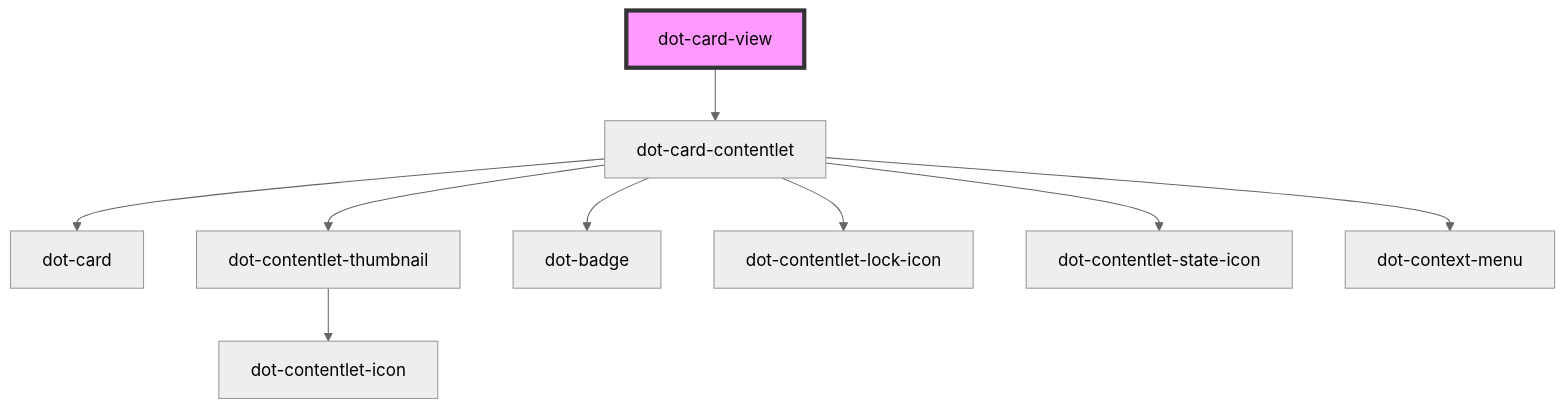
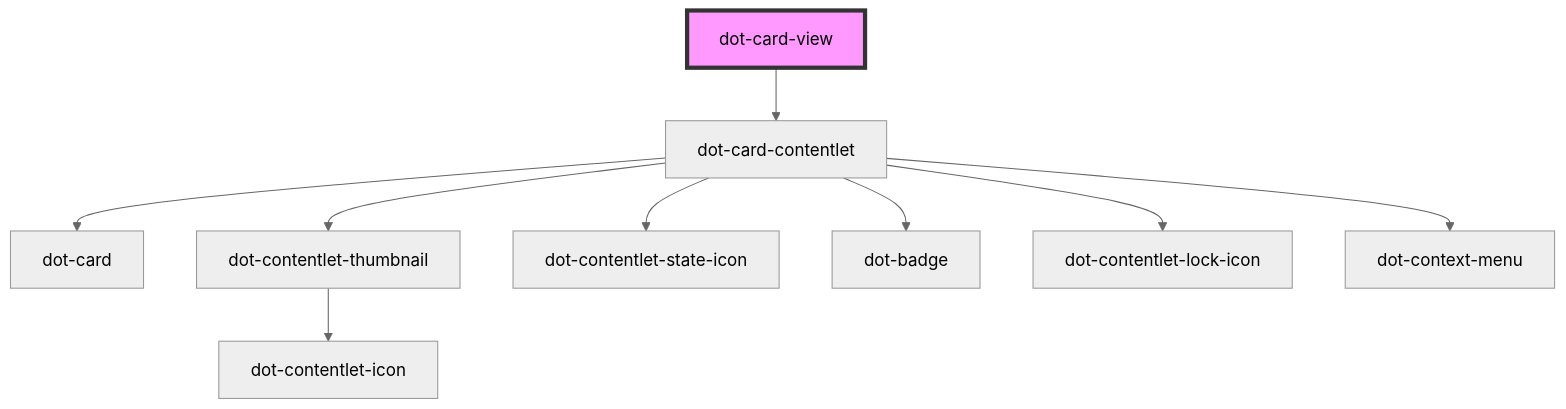
The diagram in src/collections/dot-card-view/readme.md (dotCMS/dotcms-webcomponents), drawn with Mermaid (neutral theme) before and after one commit. The commit also changed other lines of this file and 4 other files, not shown here.

````diff
--- a/src/collections/dot-card-view/readme.md
+++ b/src/collections/dot-card-view/readme.md
@@ -44,12 +44,12 @@
 ```mermaid
 graph TD;
   dot-card-view --> dot-card-contentlet
   dot-card-contentlet --> dot-card
   dot-card-contentlet --> dot-contentlet-thumbnail
+  dot-card-contentlet --> dot-contentlet-state-icon
   dot-card-contentlet --> dot-badge
   dot-card-contentlet --> dot-contentlet-lock-icon
-  dot-card-contentlet --> dot-contentlet-state-icon
   dot-card-contentlet --> dot-context-menu
   dot-contentlet-thumbnail --> dot-contentlet-icon
   style dot-card-view fill:#f9f,stroke:#333,stroke-width:4px
 ```
````
